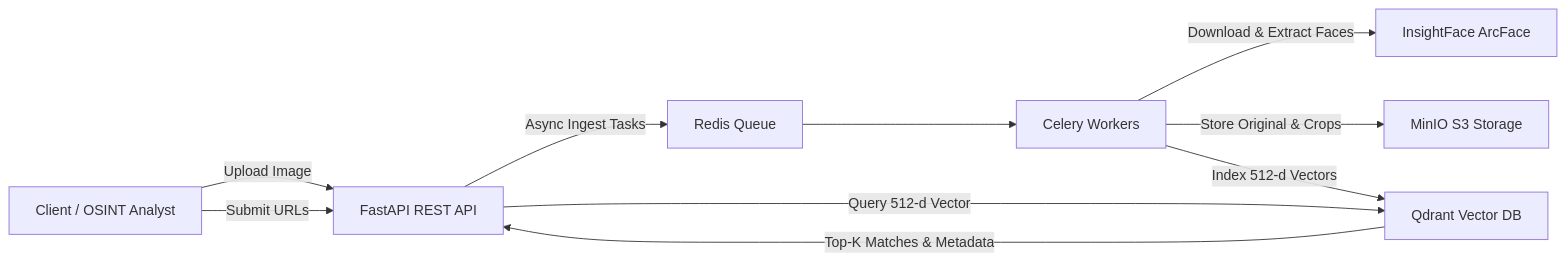
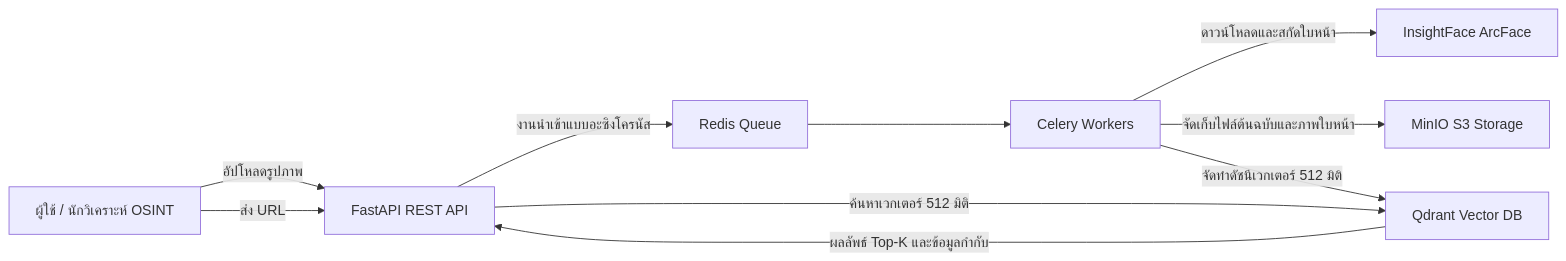
One commit to mehappyx4/faceweb changed the diagram in README.md. Above: the diagram before and after it, drawn with Mermaid. The commit also changed other lines of this file, not shown here.

````diff
--- a/README.md
+++ b/README.md
@@ -9,12 +9,12 @@
 ```mermaid
 flowchart LR
-    A[Client / OSINT Analyst] -->|Upload Image| B[FastAPI REST API]
-    A -->|Submit URLs| B
-    B -->|Async Ingest Tasks| C[Redis Queue]
+    A[ผู้ใช้ / นักวิเคราะห์ OSINT] -->|อัปโหลดรูปภาพ| B[FastAPI REST API]
+    A -->|ส่ง URL| B
+    B -->|งานนำเข้าแบบอะซิงโครนัส| C[Redis Queue]
     C --> D[Celery Workers]
-    D -->|Download & Extract Faces| E[InsightFace ArcFace]
-    D -->|Store Original & Crops| F[MinIO S3 Storage]
-    D -->|Index 512-d Vectors| G[Qdrant Vector DB]
-    B -->|Query 512-d Vector| G
-    G -->|Top-K Matches & Metadata| B
+    D -->|ดาวน์โหลดและสกัดใบหน้า| E[InsightFace ArcFace]
+    D -->|จัดเก็บไฟล์ต้นฉบับและภาพใบหน้า| F[MinIO S3 Storage]
+    D -->|จัดทำดัชนีเวกเตอร์ 512 มิติ| G[Qdrant Vector DB]
+    B -->|ค้นหาเวกเตอร์ 512 มิติ| G
+    G -->|ผลลัพธ์ Top-K และข้อมูลกำกับ| B
 ```
````
